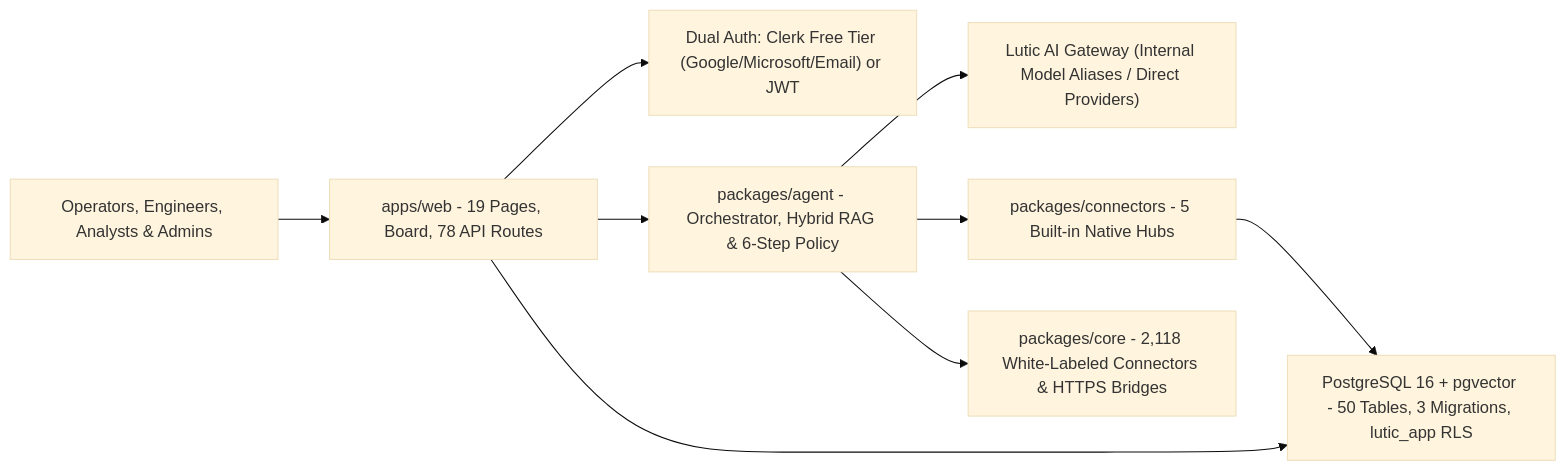
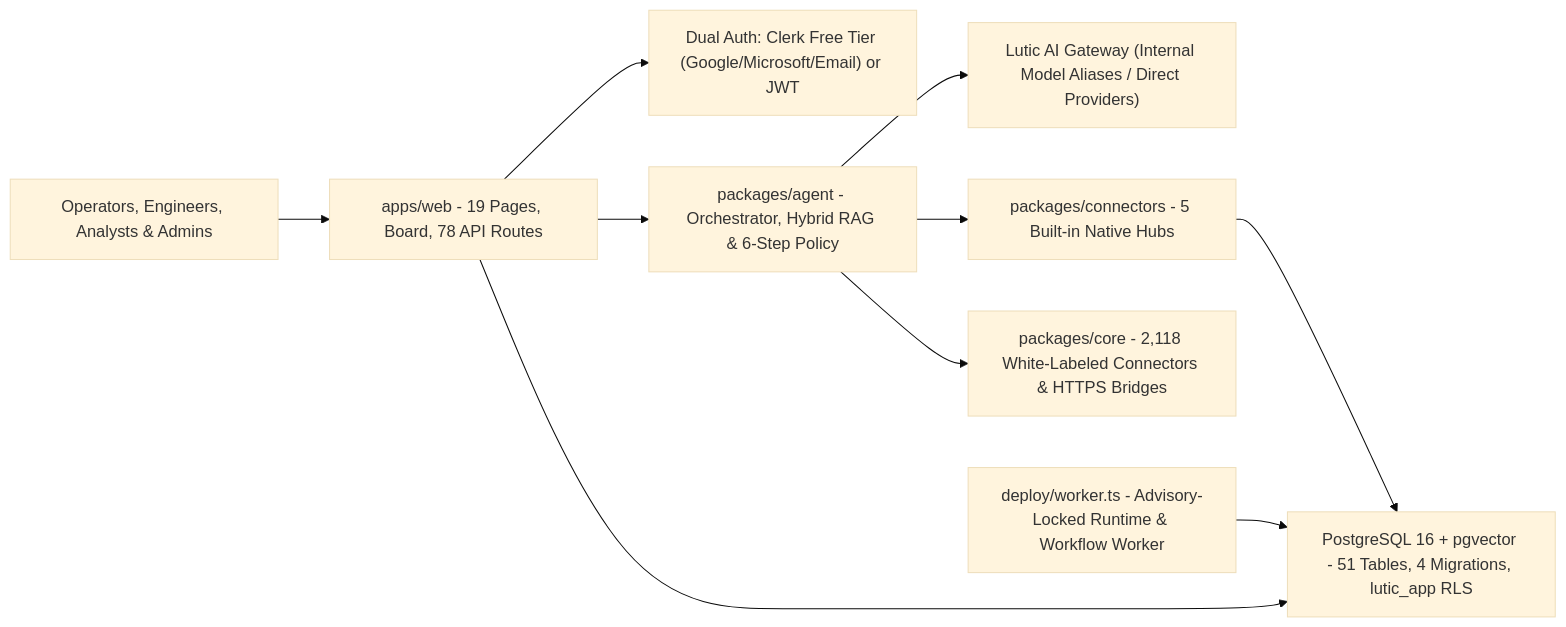
One commit to AyanShah17/Lutic changed the first of 4 diagrams in README.md. Above: the diagram before and after it, drawn with Mermaid (base theme). The commit also changed other lines of this file and 28 other files, not shown here.

````diff
--- a/README.md
+++ b/README.md
@@ -22,11 +22,12 @@
 ```mermaid
 flowchart LR
   User["Operators, Engineers, Analysts & Admins"] --> Web["apps/web - 19 Pages, Board, 78 API Routes"]
   Web --> Auth["Dual Auth: Clerk Free Tier (Google/Microsoft/Email) or JWT"]
   Web --> Agent["packages/agent - Orchestrator, Hybrid RAG & 6-Step Policy"]
   Agent --> Gateway["Lutic AI Gateway (Internal Model Aliases / Direct Providers)"]
   Agent --> LocalMCP["packages/connectors - 5 Built-in Native Hubs"]
   Agent --> Catalog["packages/core - 2,118 White-Labeled Connectors & HTTPS Bridges"]
-  LocalMCP --> DB["PostgreSQL 16 + pgvector - 50 Tables, 3 Migrations, lutic_app RLS"]
+  LocalMCP --> DB["PostgreSQL 16 + pgvector - 51 Tables, 4 Migrations, lutic_app RLS"]
+  Worker["deploy/worker.ts - Advisory-Locked Runtime & Workflow Worker"] --> DB
   Web --> DB
 ```
````
